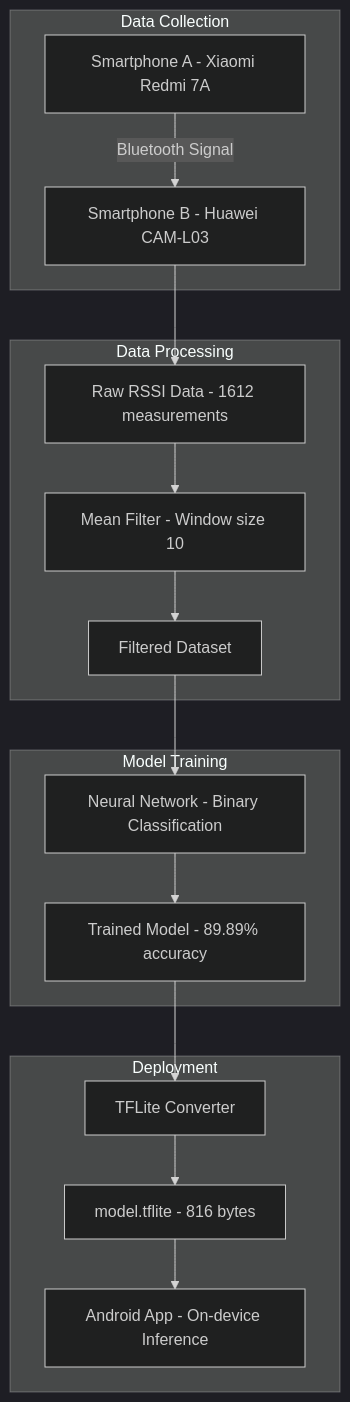
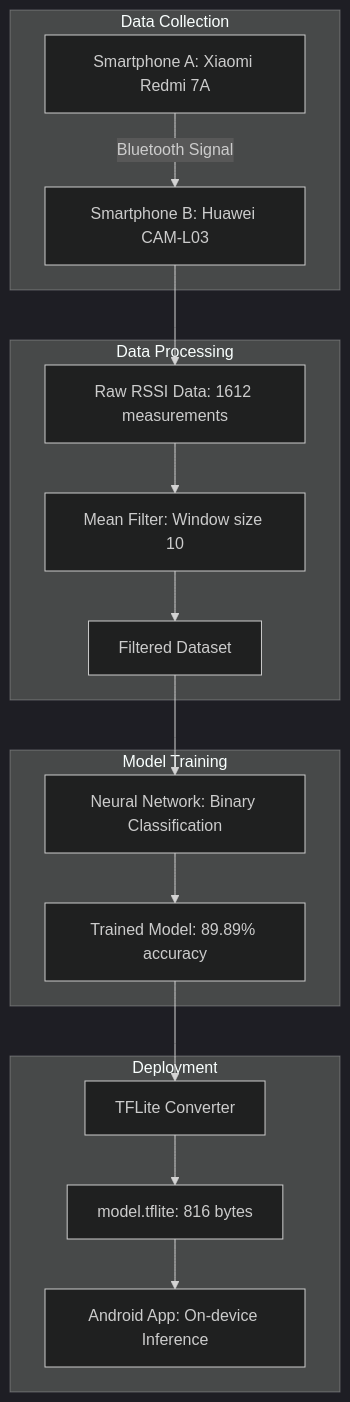
Before and after one commit to alvaro-martin/data-sience-for-covid19: the first of 5 diagrams in README.md, drawn with Mermaid (dark theme). The commit also changed other lines of this file, not shown here.

Commit message:
fix: repair Mermaid diagram and add missing dot separator
- Change graph TB to TD for better GitHub compatibility
- Replace dashes with colons in node labels to avoid parser conflicts
- Add missing dot separator between LinkedIn and Paper Link

````diff
--- a/README.md
+++ b/README.md
@@ -48,23 +48,23 @@
 ```mermaid
-graph TB
+graph TD
     subgraph "Data Collection"
-        A[Smartphone A - Xiaomi Redmi 7A] -->|Bluetooth Signal| B[Smartphone B - Huawei CAM-L03]
+        A[Smartphone A: Xiaomi Redmi 7A] -->|Bluetooth Signal| B[Smartphone B: Huawei CAM-L03]
     end
 
     subgraph "Data Processing"
-        B --> C[Raw RSSI Data - 1612 measurements]
-        C --> D[Mean Filter - Window size 10]
+        B --> C[Raw RSSI Data: 1612 measurements]
+        C --> D[Mean Filter: Window size 10]
         D --> E[Filtered Dataset]
     end
 
     subgraph "Model Training"
-        E --> F[Neural Network - Binary Classification]
-        F --> G[Trained Model - 89.89% accuracy]
+        E --> F[Neural Network: Binary Classification]
+        F --> G[Trained Model: 89.89% accuracy]
     end
 
     subgraph "Deployment"
         G --> H[TFLite Converter]
-        H --> I[model.tflite - 816 bytes]
-        I --> J[Android App - On-device Inference]
+        H --> I[model.tflite: 816 bytes]
+        I --> J[Android App: On-device Inference]
     end
 ```
````
